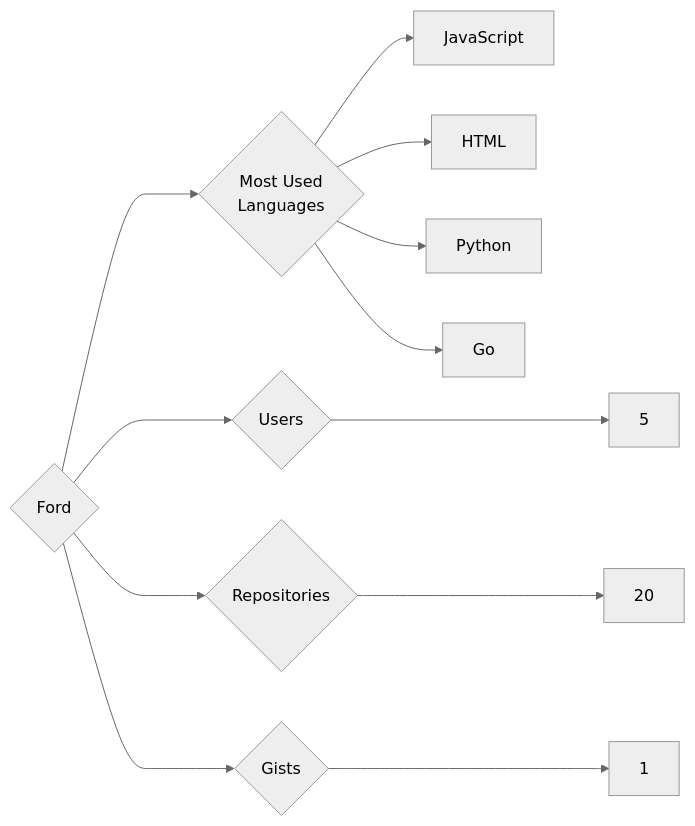
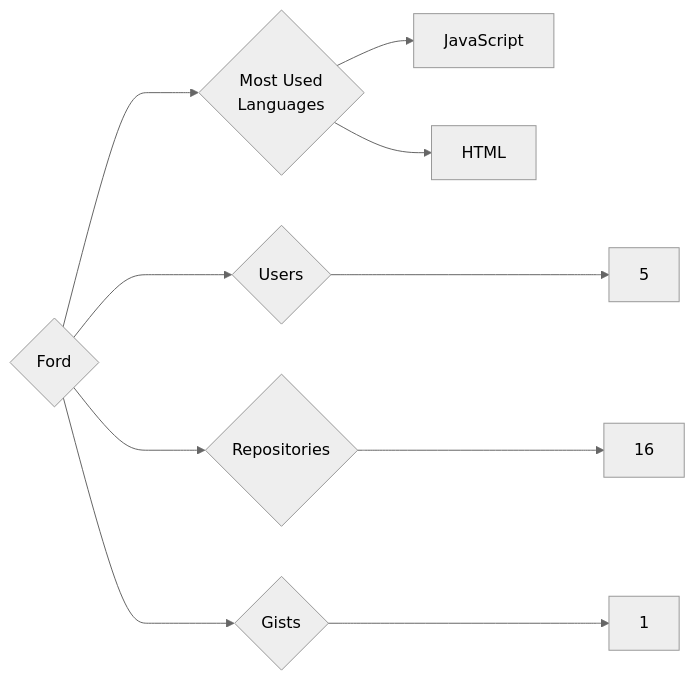
Before and after one commit to trickest/insiders: the diagram in targets/Ford/README.md, drawn with Mermaid (neutral theme). The commit also changed 783 other files, not shown here.

````diff
--- a/targets/Ford/README.md
+++ b/targets/Ford/README.md
@@ -3,12 +3,10 @@
 ```mermaid
 graph LR
 COMPANY_NAME{Ford}
 COMPANY_NAME ---> U{Users} ---> UN[5]
-COMPANY_NAME ---> R{Repositories} ---> RN[20]
+COMPANY_NAME ---> R{Repositories} ---> RN[16]
 COMPANY_NAME ---> G{Gists} ---> GN[1]
 COMPANY_NAME ---> ML{Most Used<br>Languages}
 ML --> JavaScript[JavaScript]
 ML --> HTML[HTML]
-ML --> Python[Python]
-ML --> Go[Go]
 ```
````
